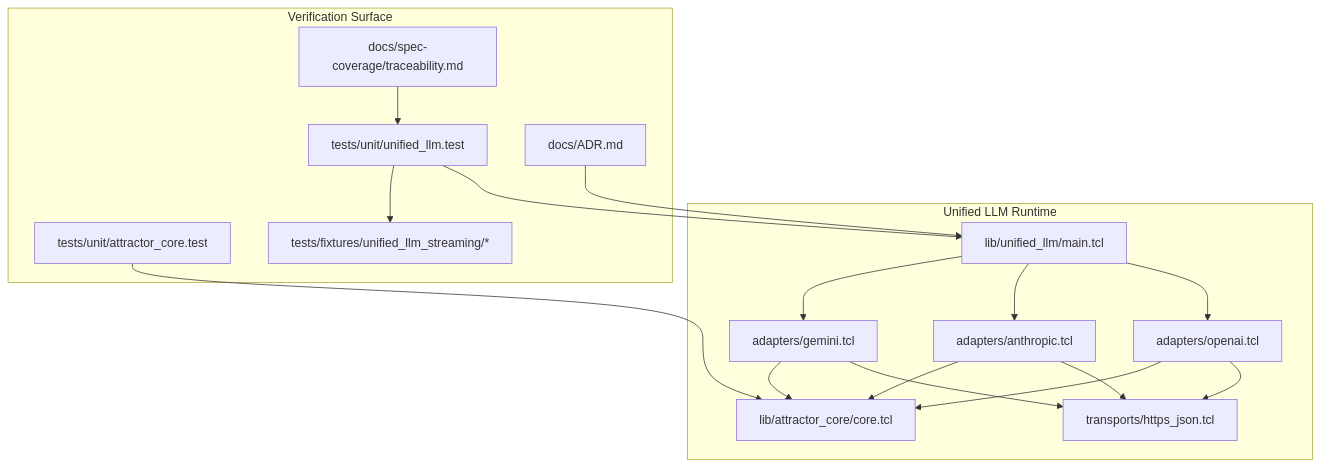
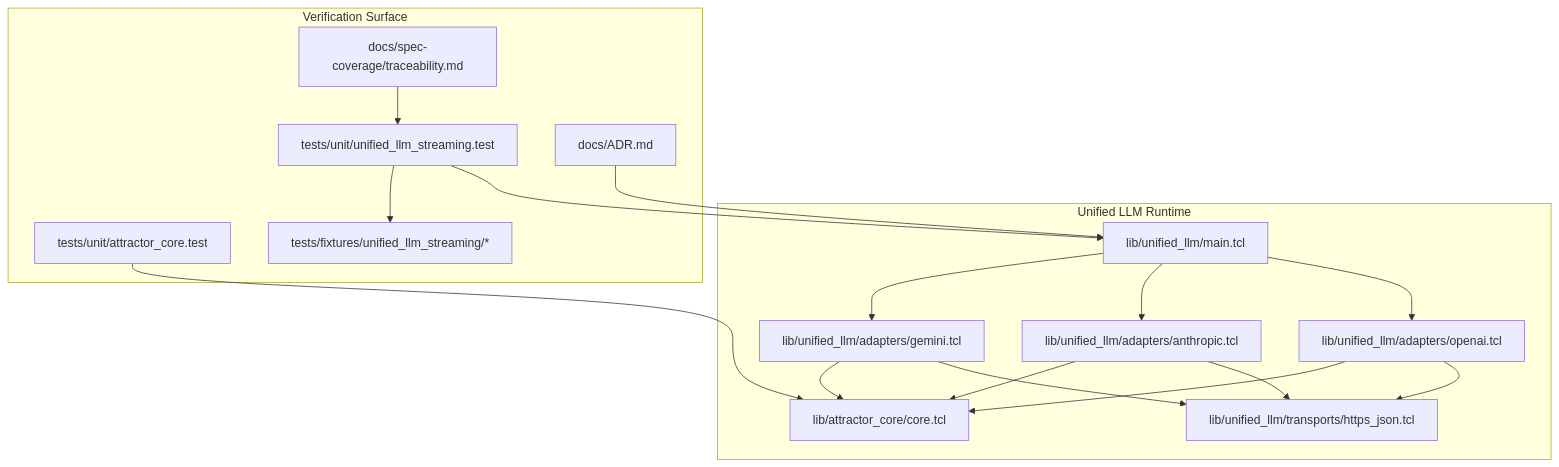
One commit to jaytaylor/attractor-tcl changed the fifth of 5 diagrams in docs/sprints/SPRINT-005-comprehensive-implementation-plan.md. Above: the diagram before and after it, drawn with Mermaid. The commit also changed other lines of this file, not shown here.

````diff
--- a/docs/sprints/SPRINT-005-comprehensive-implementation-plan.md
+++ b/docs/sprints/SPRINT-005-comprehensive-implementation-plan.md
@@ -725,34 +1353,34 @@
 ```mermaid
 flowchart TB
-  subgraph Runtime["Unified LLM Runtime"]
-    MAIN["lib/unified_llm/main.tcl"]
-    OA["adapters/openai.tcl"]
-    AN["adapters/anthropic.tcl"]
-    GE["adapters/gemini.tcl"]
-    TR["transports/https_json.tcl"]
-    CORE["lib/attractor_core/core.tcl"]
+  subgraph Runtime[Unified LLM Runtime]
+    MAIN[lib/unified_llm/main.tcl]
+    OA[lib/unified_llm/adapters/openai.tcl]
+    AN[lib/unified_llm/adapters/anthropic.tcl]
+    GE[lib/unified_llm/adapters/gemini.tcl]
+    TR[lib/unified_llm/transports/https_json.tcl]
+    CORE[lib/attractor_core/core.tcl]
   end
 
-  subgraph Tests["Verification Surface"]
-    UTEST["tests/unit/unified_llm.test"]
-    CTEST["tests/unit/attractor_core.test"]
-    FIX["tests/fixtures/unified_llm_streaming/*"]
-    TRACE["docs/spec-coverage/traceability.md"]
-    ADR["docs/ADR.md"]
+  subgraph Verification[Verification Surface]
+    UTEST[tests/unit/unified_llm_streaming.test]
+    CTEST[tests/unit/attractor_core.test]
+    FIX[tests/fixtures/unified_llm_streaming/*]
+    TRACE[docs/spec-coverage/traceability.md]
+    ADR[docs/ADR.md]
   end
 
   MAIN --> OA
   MAIN --> AN
   MAIN --> GE
   OA --> TR
   AN --> TR
   GE --> TR
   OA --> CORE
   AN --> CORE
   GE --> CORE
   UTEST --> MAIN
   CTEST --> CORE
   UTEST --> FIX
   TRACE --> UTEST
   ADR --> MAIN
 ```
````
